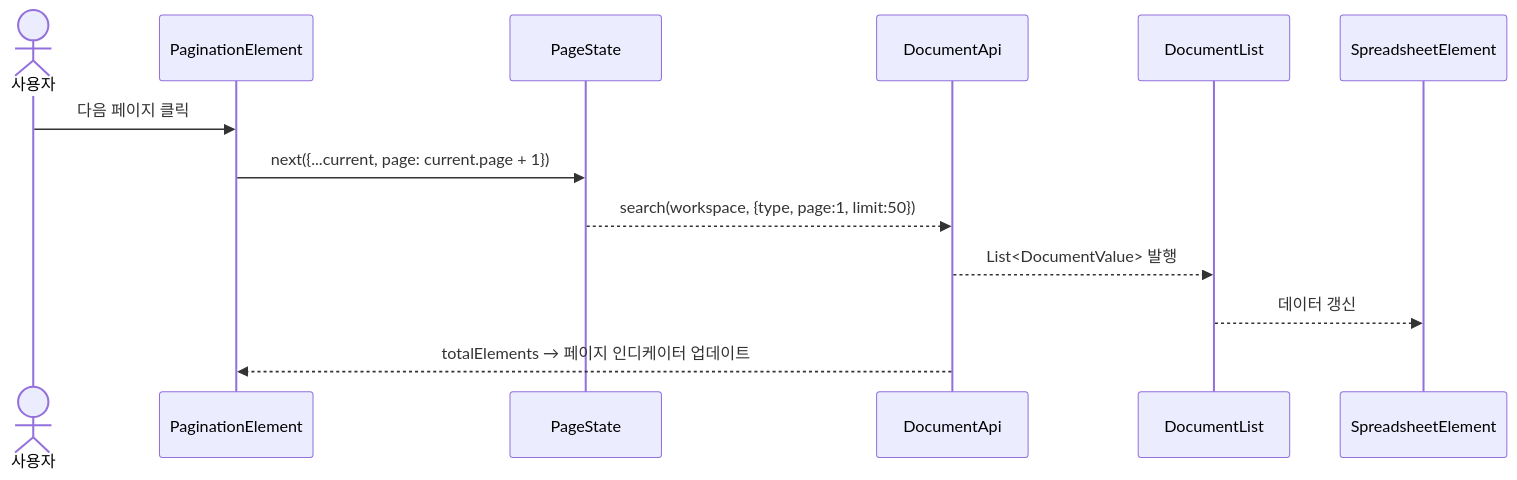
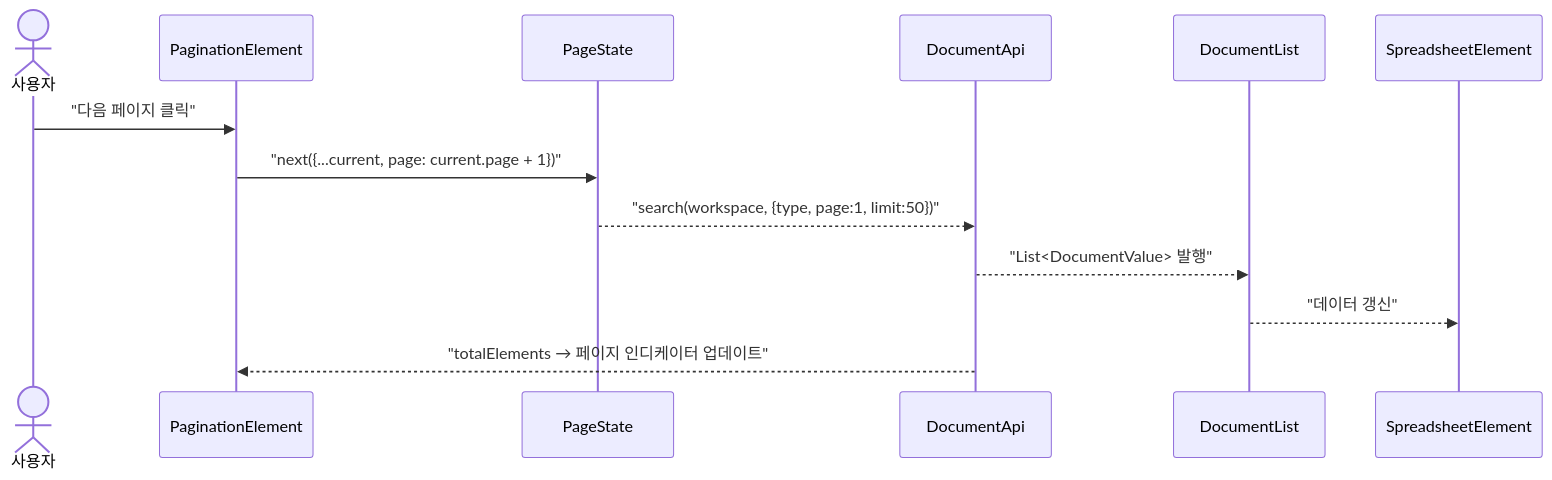
Before and after one commit to sayaya1090/handbook: the fifth of 9 diagrams in document-ui/USECASE.md, drawn with Mermaid. The commit also changed other lines of this file and 22 other files, not shown here.

First line of the commit message:
docs: Mermaid 다이어그램 렌더링 오류 수정을 위한 구문 전수 교정

````diff
--- a/document-ui/USECASE.md
+++ b/document-ui/USECASE.md
@@ -121,16 +121,16 @@
 ```mermaid
 sequenceDiagram
     actor User as 사용자
     participant Pager as PaginationElement
     participant PS as PageState
     participant DA as DocumentApi
     participant DL as DocumentList
     participant Sheet as SpreadsheetElement
 
-    User->>Pager: 다음 페이지 클릭
-    Pager->>PS: next({...current, page: current.page + 1})
-    PS-->>DA: search(workspace, {type, page:1, limit:50})
-    DA-->>DL: List<DocumentValue> 발행
-    DL-->>Sheet: 데이터 갱신
-    DA-->>Pager: totalElements → 페이지 인디케이터 업데이트
+    User->>Pager: "다음 페이지 클릭"
+    Pager->>PS: "next({...current, page: current.page + 1})"
+    PS-->>DA: "search(workspace, {type, page:1, limit:50})"
+    DA-->>DL: "List<DocumentValue> 발행"
+    DL-->>Sheet: "데이터 갱신"
+    DA-->>Pager: "totalElements → 페이지 인디케이터 업데이트"
 ```
````
